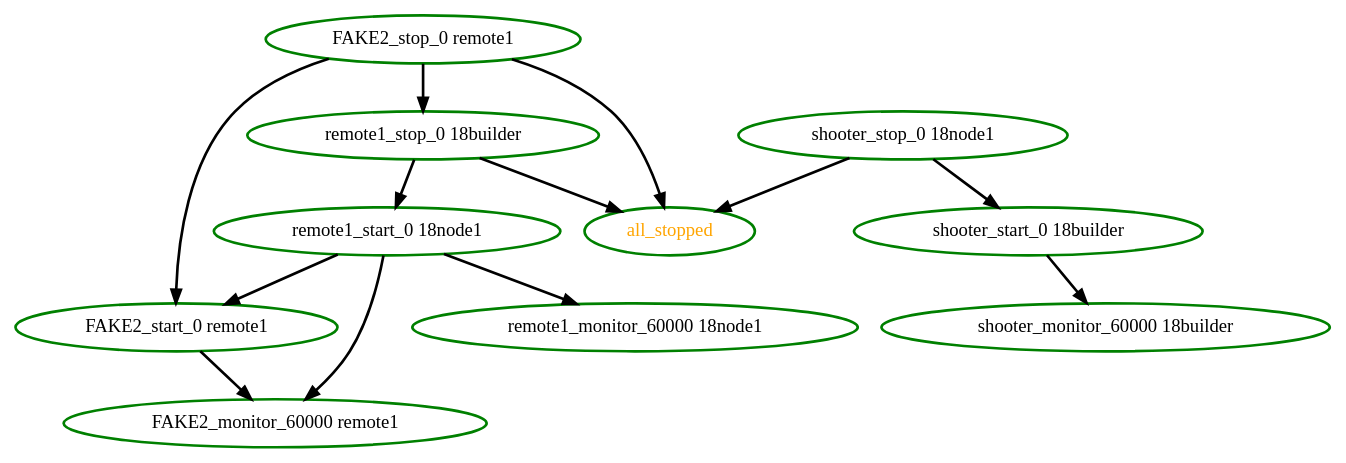
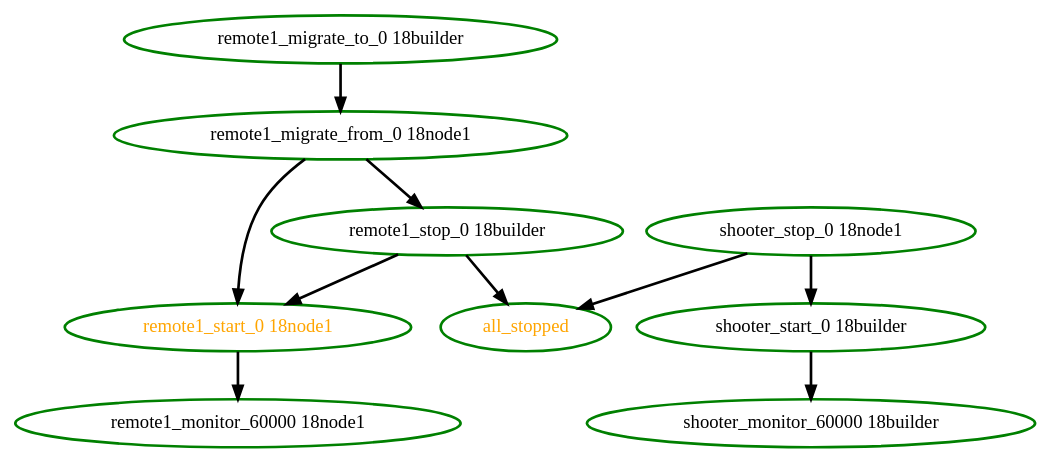
Before and after one commit to ClusterLabs/pacemaker: the diagram in pengine/test10/remote-move.dot, drawn with Graphviz. The commit also changed 2 other files, not shown here.

```diff
--- a/pengine/test10/remote-move.dot
+++ b/pengine/test10/remote-move.dot
@@ -1,24 +1,20 @@
  digraph "g" {
-"FAKE2_monitor_60000 remote1" [ style=bold color="green" fontcolor="black"]
-"FAKE2_start_0 remote1" -> "FAKE2_monitor_60000 remote1" [ style = bold]
-"FAKE2_start_0 remote1" [ style=bold color="green" fontcolor="black"]
-"FAKE2_stop_0 remote1" -> "FAKE2_start_0 remote1" [ style = bold]
-"FAKE2_stop_0 remote1" -> "all_stopped" [ style = bold]
-"FAKE2_stop_0 remote1" -> "remote1_stop_0 18builder" [ style = bold]
-"FAKE2_stop_0 remote1" [ style=bold color="green" fontcolor="black"]
 "all_stopped" [ style=bold color="green" fontcolor="orange"]
+"remote1_migrate_from_0 18node1" -> "remote1_start_0 18node1" [ style = bold]
+"remote1_migrate_from_0 18node1" -> "remote1_stop_0 18builder" [ style = bold]
+"remote1_migrate_from_0 18node1" [ style=bold color="green" fontcolor="black"]
+"remote1_migrate_to_0 18builder" -> "remote1_migrate_from_0 18node1" [ style = bold]
+"remote1_migrate_to_0 18builder" [ style=bold color="green" fontcolor="black"]
 "remote1_monitor_60000 18node1" [ style=bold color="green" fontcolor="black"]
-"remote1_start_0 18node1" -> "FAKE2_monitor_60000 remote1" [ style = bold]
-"remote1_start_0 18node1" -> "FAKE2_start_0 remote1" [ style = bold]
 "remote1_start_0 18node1" -> "remote1_monitor_60000 18node1" [ style = bold]
-"remote1_start_0 18node1" [ style=bold color="green" fontcolor="black"]
+"remote1_start_0 18node1" [ style=bold color="green" fontcolor="orange"]
 "remote1_stop_0 18builder" -> "all_stopped" [ style = bold]
 "remote1_stop_0 18builder" -> "remote1_start_0 18node1" [ style = bold]
 "remote1_stop_0 18builder" [ style=bold color="green" fontcolor="black"]
 "shooter_monitor_60000 18builder" [ style=bold color="green" fontcolor="black"]
 "shooter_start_0 18builder" -> "shooter_monitor_60000 18builder" [ style = bold]
 "shooter_start_0 18builder" [ style=bold color="green" fontcolor="black"]
 "shooter_stop_0 18node1" -> "all_stopped" [ style = bold]
 "shooter_stop_0 18node1" -> "shooter_start_0 18builder" [ style = bold]
 "shooter_stop_0 18node1" [ style=bold color="green" fontcolor="black"]
 }
```
